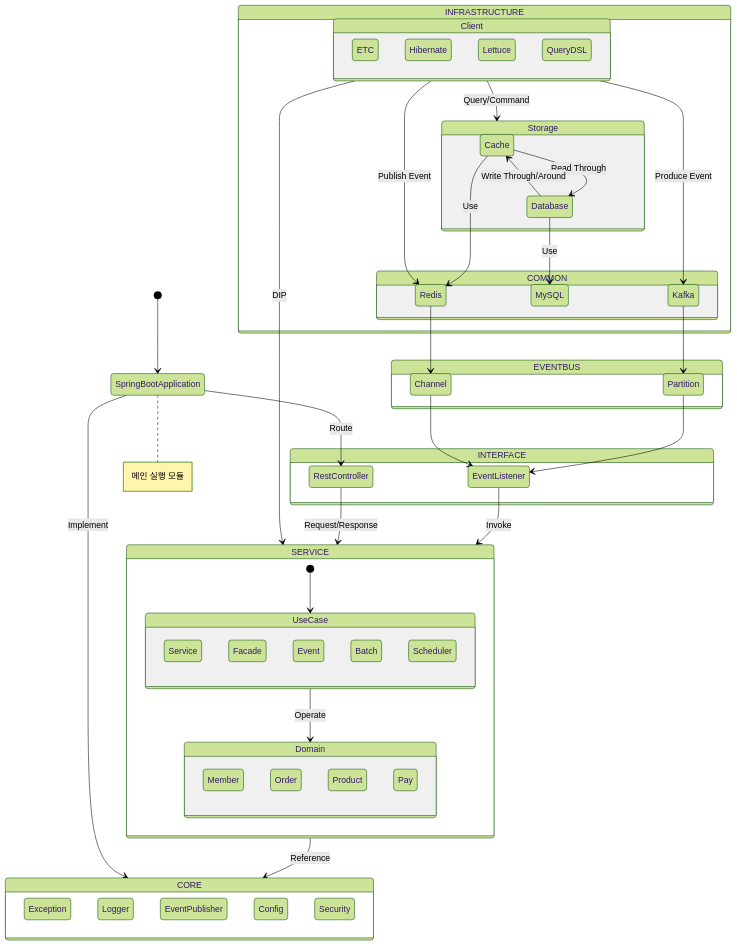
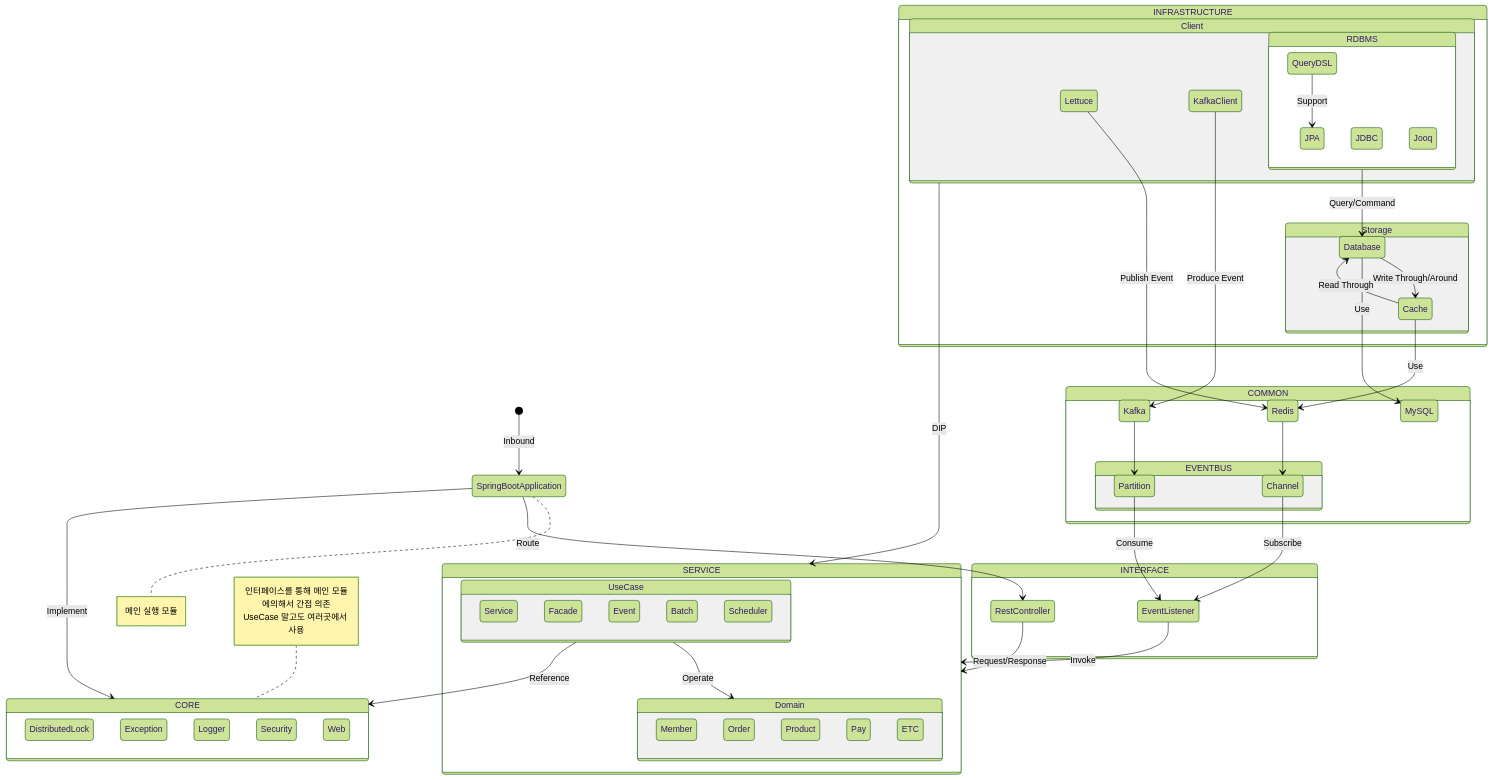
The first of 2 diagrams in README.md (rvlwldev/ecommerce-example), drawn with Mermaid (forest theme) before and after one commit. The commit also changed other lines of this file, not shown here.

Commit message:
docs: describe fixed project architecture

````diff
--- a/README.md
+++ b/README.md
@@ -50,23 +51,17 @@
 ```mermaid
 stateDiagram
-    [*] --> SpringBootApplication
-    SpringBootApplication --> RestController: Route
+    [*] --> SpringBootApplication: Inbound
     note right of SpringBootApplication
         메인 실행 모듈
     end note
-
-    state EVENTBUS {
-        Partition
-        Channel
-    }
 
     state INTERFACE {
         RestController
         EventListener
     }
-
-    Partition --> EventListener
-    Channel --> EventListener
+    SpringBootApplication --> RestController: Route
+    Partition --> EventListener: Consume
+    Channel --> EventListener: Subscribe
 
     state SERVICE {
         state Domain {
@@ -83,52 +78,66 @@
             Batch
             Scheduler
         }
-        [*] --> UseCase
         UseCase --> Domain: Operate
     }
 
     EventListener --> SERVICE: Invoke
     RestController --> SERVICE: Request/Response
-    SERVICE --> CORE: Reference
+    UseCase --> CORE: Reference
 
     state INFRASTRUCTURE {
         state Client {
-            Hibernate
             Lettuce
-            QueryDSL
-            ETC
+            Lettuce --> Redis: Publish Event
+            KafkaClient
+            KafkaClient --> Kafka: Produce Event
+
+            state RDBMS {
+                JPA
+                QueryDSL
+                QueryDSL --> JPA: Support
+                JDBC
+                Jooq
+            }
+
+            RDBMS --> Database: Query/Command
         }
+
         state Storage {
+            Cache
+            Database
             Cache --> Database: Read Through
+            Cache --> Redis: Use
             Database --> Cache: Write Through/Around
-            Cache --> Redis: Use
             Database --> MySQL: Use
         }
+    }
 
-        Client --> Storage: Query/Command
-        Client --> Kafka: Produce Event
-        Client --> Redis: Publish Event
+    state COMMON {
+        MySQL
+        Kafka
+        Redis
 
-        state COMMON {
-            MySQL
-            Kafka
-            Redis
+        state EVENTBUS {
+            Partition
+            Channel
         }
     }
+
     Client --> SERVICE: DIP
     Kafka --> Partition
     Redis --> Channel
 
     state CORE {
-    %% ¬       state Interface {
+        DistributedLock
         Exception
         Logger
-        EventPublisher
-        Config
         Security
-    %%        }
+        Web
     }
-
+    note left of CORE
+        인터페이스를 통해 메인 모듈에의해서 간접 의존
+        UseCase 말고도 여러곳에서 사용
+    end note
     SpringBootApplication --> CORE: Implement
-
 ```
````
